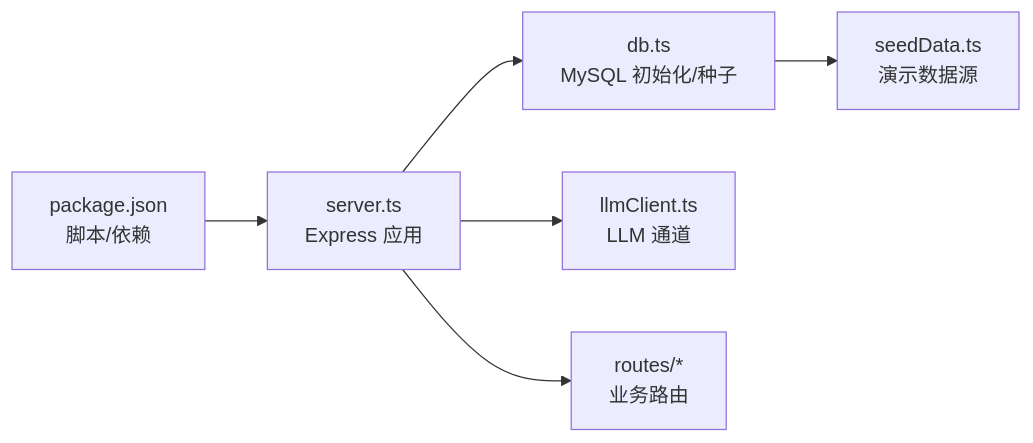
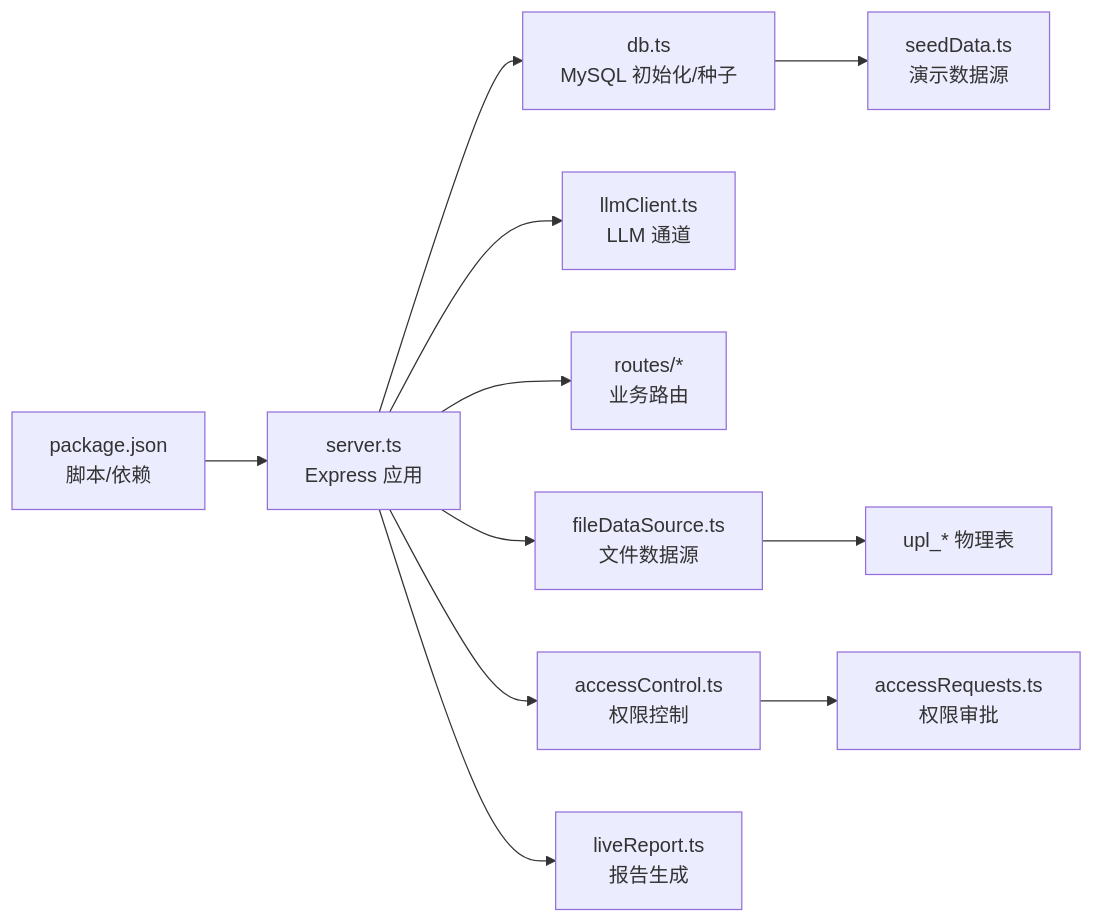
One commit to dgjin/smart-data-analytics changed the third of 3 diagrams in .qoder/repowiki/zh/content/项目概述/快速开始指南.md. Above: the diagram before and after it, drawn with Mermaid. The commit also changed other lines of this file and 100 other files, not shown here.

````diff
--- a/.qoder/repowiki/zh/content/项目概述/快速开始指南.md
+++ b/.qoder/repowiki/zh/content/项目概述/快速开始指南.md
@@ -191,8 +304,13 @@
 ```mermaid
 graph LR
 P["package.json<br/>脚本/依赖"] --> S["server.ts<br/>Express 应用"]
 S --> D["db.ts<br/>MySQL 初始化/种子"]
 S --> L["llmClient.ts<br/>LLM 通道"]
 S --> R["routes/*<br/>业务路由"]
+S --> FD["fileDataSource.ts<br/>文件数据源"]
+S --> AC["accessControl.ts<br/>权限控制"]
+S --> RL["liveReport.ts<br/>报告生成"]
 D --> SD["seedData.ts<br/>演示数据源"]
+FD --> DB["upl_* 物理表"]
+AC --> AR["accessRequests.ts<br/>权限审批"]
 ```
````
